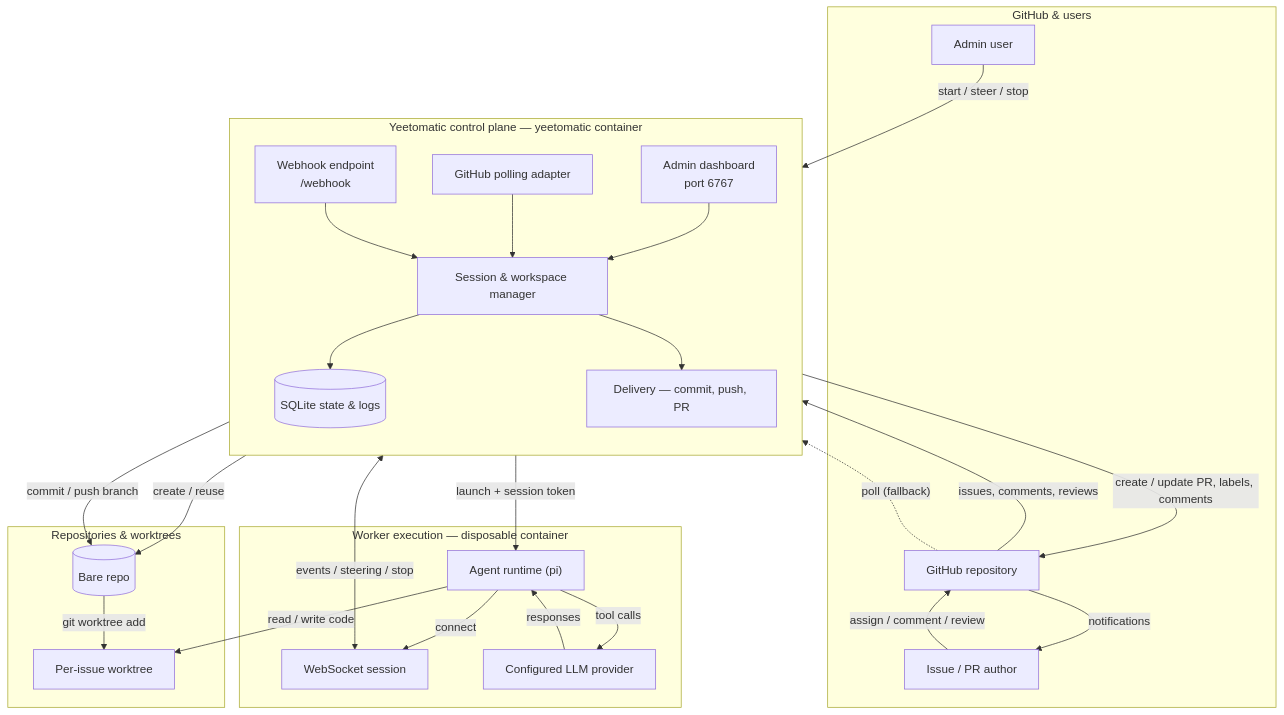
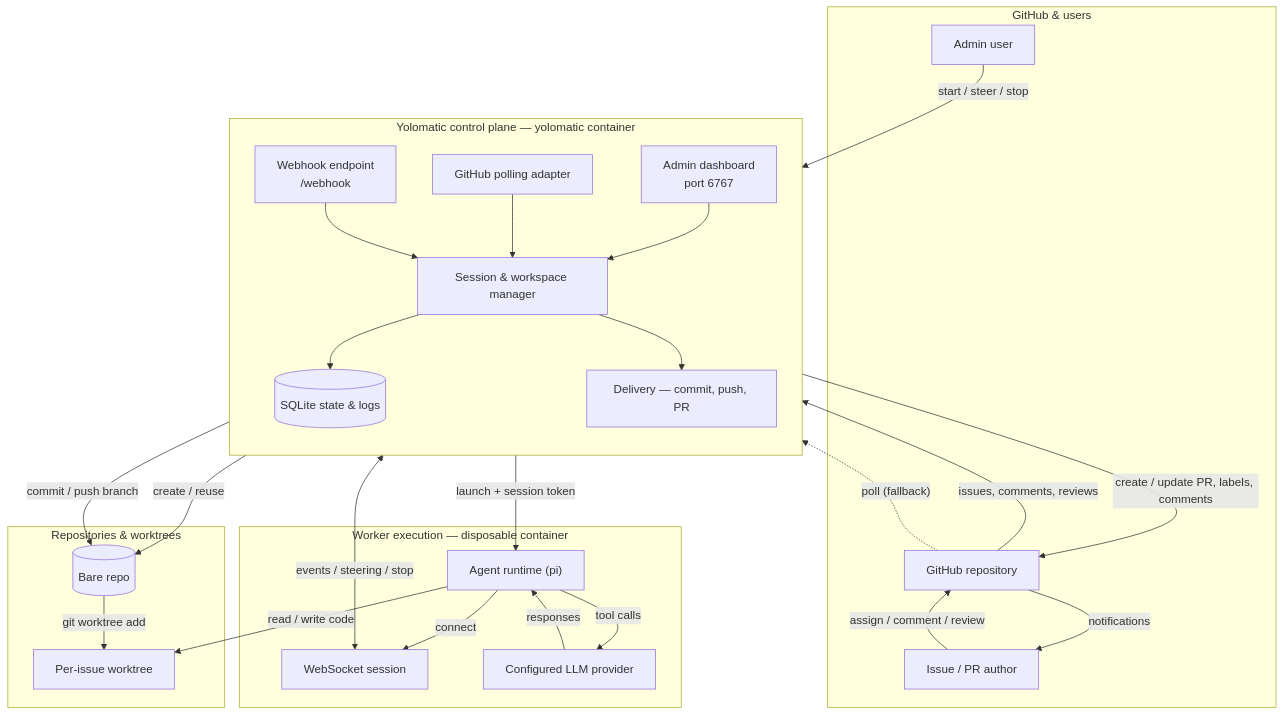
One commit to mbrooks/yolomatic changed the diagram in README.md. Above: the diagram before and after it, drawn with Mermaid. The commit also changed other lines of this file and 212 other files, not shown here.

````diff
--- a/README.md
+++ b/README.md
@@ -158,50 +162,50 @@
 ```mermaid
 flowchart TD
     subgraph External["GitHub & users"]
         User["Issue / PR author"]
         Admin["Admin user"]
         GH["GitHub repository"]
     end
 
-    subgraph ControlPlane["Yeetomatic control plane — yeetomatic container"]
+    subgraph ControlPlane["Yolomatic control plane — yolomatic container"]
         direction TB
         WebUI["Admin dashboard<br/>port 6767"]
         Webhook["Webhook endpoint<br/>/webhook"]
         Poll["GitHub polling adapter"]
         Session["Session & workspace manager"]
         DB[("SQLite state & logs")]
         Delivery["Delivery — commit, push, PR"]
     end
 
     subgraph WorkerExec["Worker execution — disposable container"]
         Worker["Agent runtime (pi)"]
         WS["WebSocket session"]
         Provider["Configured LLM provider"]
     end
 
     subgraph Storage["Repositories & worktrees"]
         Bare[("Bare repo")]
         WT["Per-issue worktree"]
     end
 
     User -->|"assign / comment / review"| GH
     Admin -->|"start / steer / stop"| WebUI
     GH -->|"issues, comments, reviews"| Webhook
     GH -.->|"poll (fallback)"| Poll
     Webhook --> Session
     Poll --> Session
     WebUI --> Session
     Session --> DB
     Session -->|"create / reuse"| Bare
     Bare -->|"git worktree add"| WT
     Session -->|"launch + session token"| Worker
     Worker -->|"connect"| WS
     WS <-->|"events / steering / stop"| Session
     Worker -->|"read / write code"| WT
     Worker -->|"tool calls"| Provider
     Provider -->|"responses"| Worker
     Session --> Delivery
     Delivery -->|"commit / push branch"| Bare
     Delivery -->|"create / update PR, labels, comments"| GH
     GH -->|"notifications"| User
 ```
````
